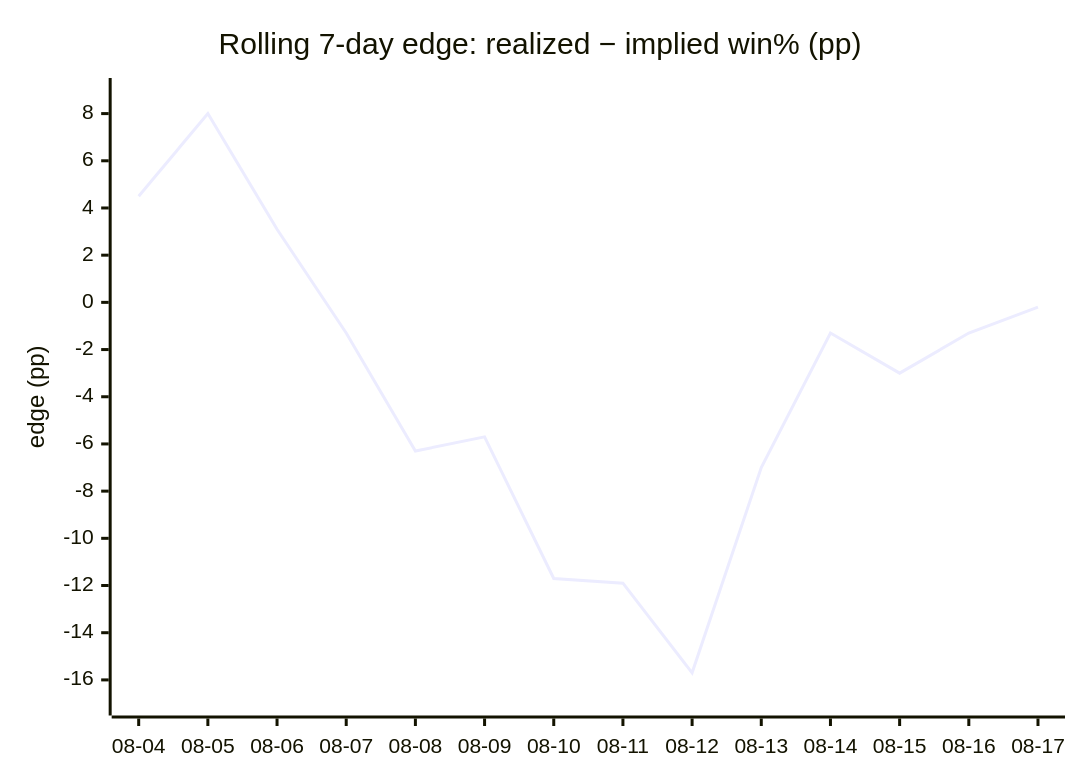
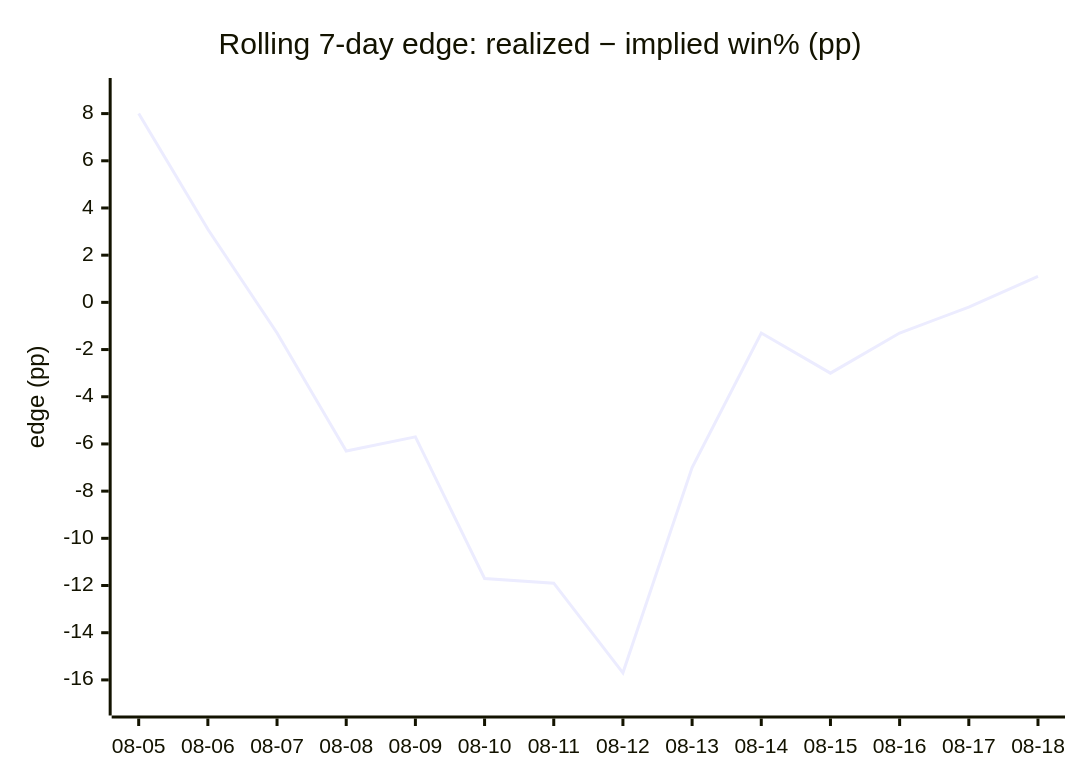
Before and after one commit to dpk1212/nhl-savant: the fourth of 4 diagrams in DAILY_AGSU_REPORT.md, drawn with Mermaid. The commit also changed other lines of this file, not shown here.

````diff
--- a/DAILY_AGSU_REPORT.md
+++ b/DAILY_AGSU_REPORT.md
@@ -816,7 +819,7 @@
 ```mermaid
 xychart-beta
     title "Rolling 7-day edge: realized − implied win% (pp)"
-    x-axis ["08-04", "08-05", "08-06", "08-07", "08-08", "08-09", "08-10", "08-11", "08-12", "08-13", "08-14", "08-15", "08-16", "08-17"]
+    x-axis ["08-05", "08-06", "08-07", "08-08", "08-09", "08-10", "08-11", "08-12", "08-13", "08-14", "08-15", "08-16", "08-17", "08-18"]
     y-axis "edge (pp)" -17 --> 9
-    line [4.5, 8, 3.1, -1.3, -6.3, -5.7, -11.7, -11.9, -15.7, -7, -1.3, -3, -1.3, -0.2]
+    line [8, 3.1, -1.3, -6.3, -5.7, -11.7, -11.9, -15.7, -7, -1.3, -3, -1.3, -0.2, 1.1]
 ```
````
